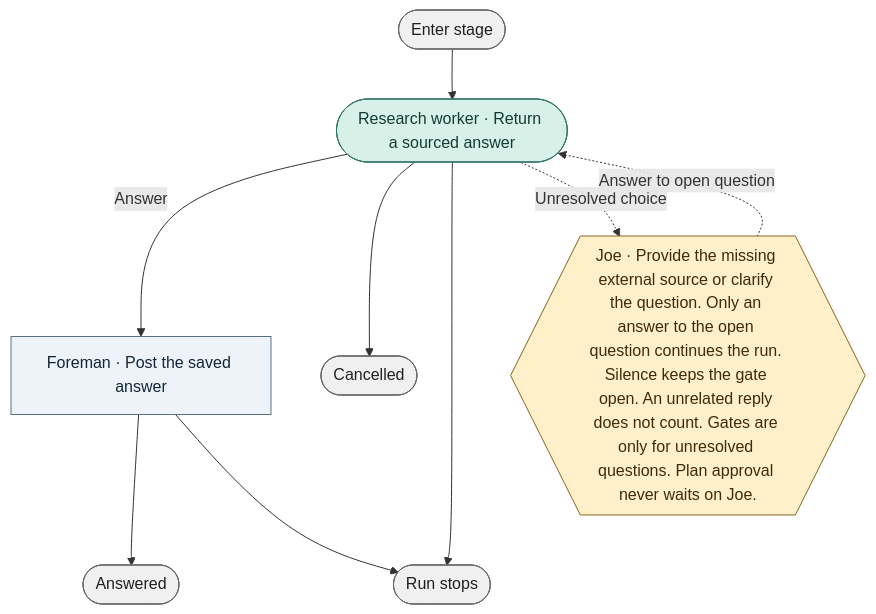
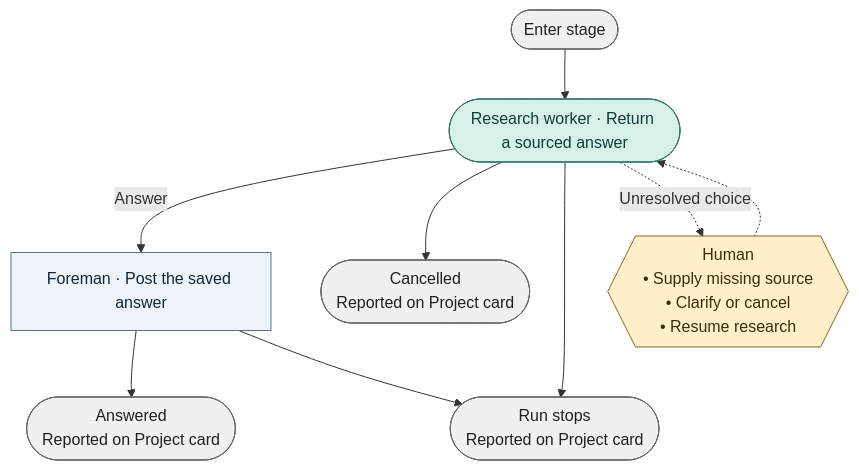
Before and after one commit to bookout-labs/tools: the diagram in docs/graph/blueprint/views/stages/research.mmd, drawn with Mermaid. The commit also changed 37 other files, not shown here.

Commit message:
Clarify blueprint gates, stage exits, and system context

```diff
--- a/docs/graph/blueprint/views/stages/research.mmd
+++ b/docs/graph/blueprint/views/stages/research.mmd
@@ -1,21 +1,21 @@
 flowchart TD
     n0(["Enter stage"]):::terminal
     n1(["Research worker · Return a sourced answer"]):::worker
     n2["Foreman · Post the saved answer"]:::step
-    n3(["Cancelled"]):::terminal
-    n4(["Run stops"]):::terminal
-    n5(["Answered"]):::terminal
-    n6{{"Joe · Provide the missing external source or clarify the question. Only an answer to the open question continues the run. Silence keeps the gate open. An unrelated reply does not count. Gates are only for unresolved questions. Plan approval never waits on Joe."}}:::gate
+    n3(["Cancelled<br/>Reported on Project card"]):::terminal
+    n4(["Run stops<br/>Reported on Project card"]):::terminal
+    n5(["Answered<br/>Reported on Project card"]):::terminal
+    n6{{"Human<br/>• Supply missing source<br/>• Clarify or cancel<br/>• Resume research"}}:::gate
     n0 --> n1
     n1 -->|"Answer"| n2
     n1 --> n3
     n1 --> n4
     n2 --> n5
     n2 --> n4
     n1 -.->|"Unresolved choice"| n6
-    n6 -.->|"Answer to open question"| n1
+    n6 -.-> n1
     classDef stage fill:#dcebf8,stroke:#315675,color:#10283b
     classDef step fill:#edf3f8,stroke:#597187,color:#132638
     classDef worker fill:#d7f0e8,stroke:#357369,color:#133c36
     classDef gate fill:#fff0c9,stroke:#89641f,color:#3f2b0b
     classDef terminal fill:#f0f0f0,stroke:#666666,color:#202020
```
